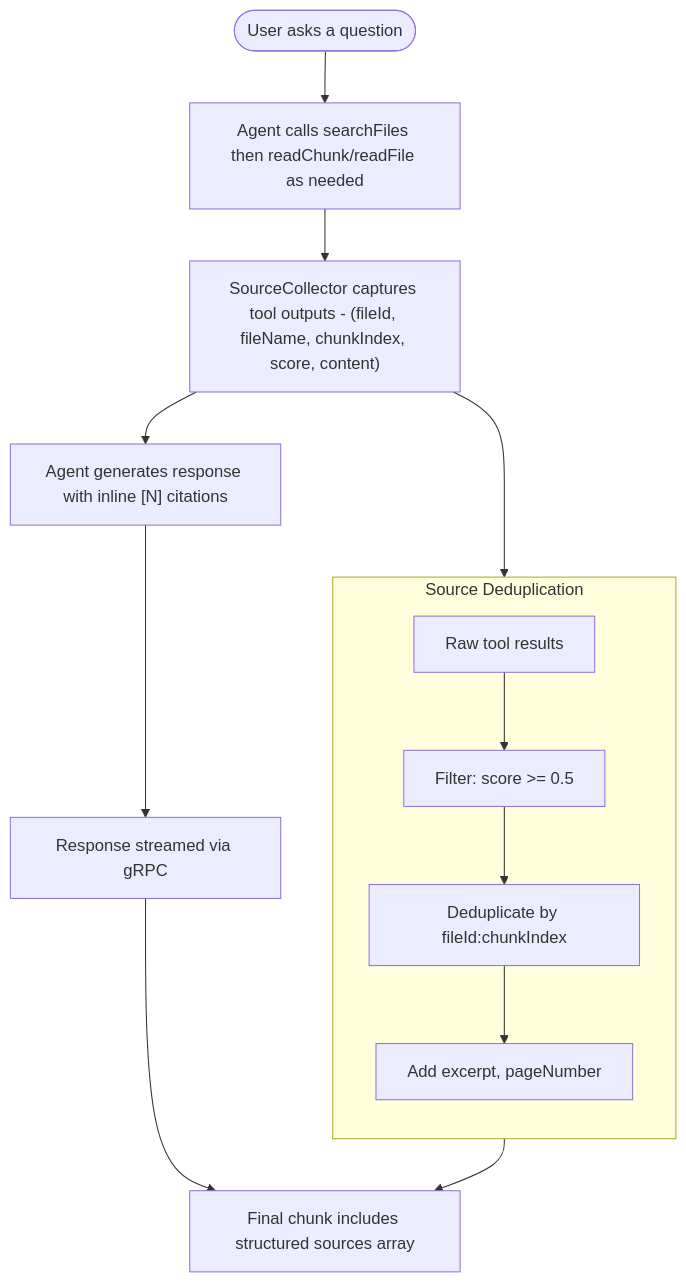
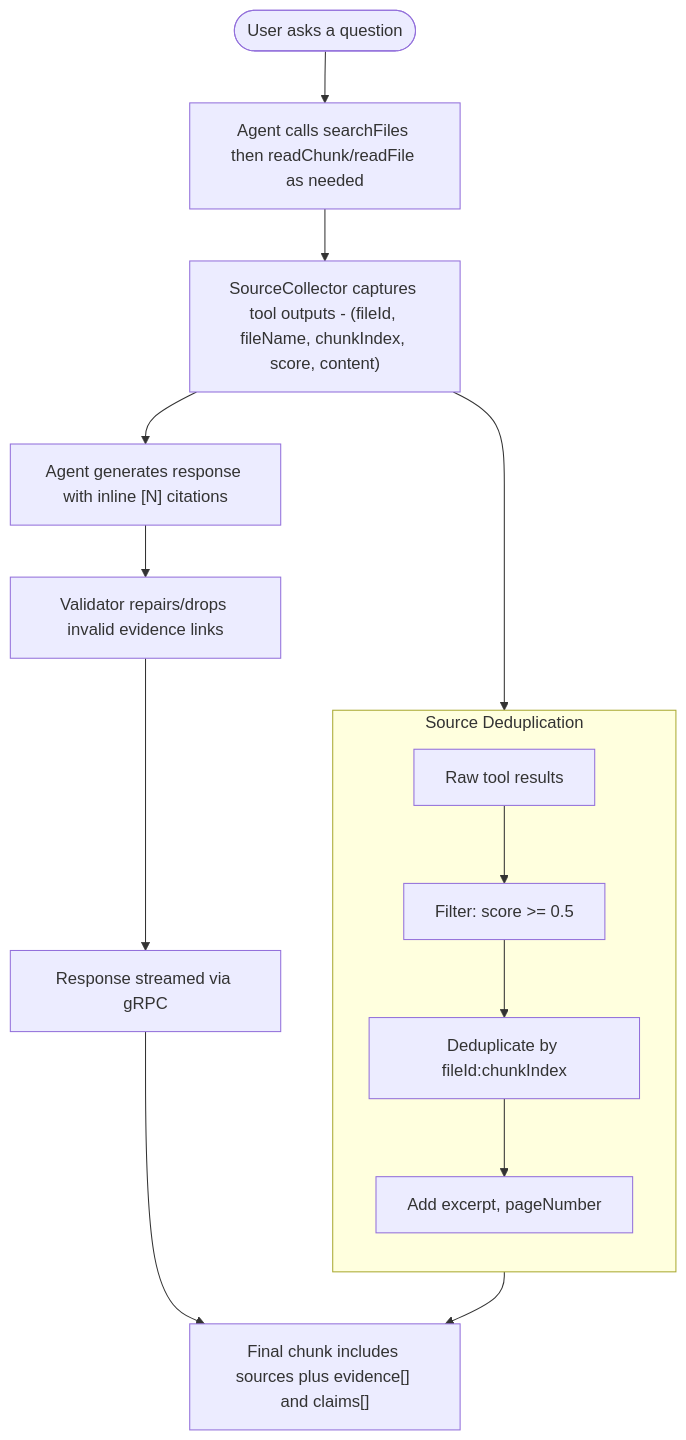
One commit to JackTran15/files-assistant-system changed the fourth of 6 diagrams in docs/scenarios.md. Above: the diagram before and after it, drawn with Mermaid. The commit also changed other lines of this file and 20 other files, not shown here.

````diff
--- a/docs/scenarios.md
+++ b/docs/scenarios.md
@@ -212,18 +212,19 @@
 ```mermaid
 flowchart TD
     Start(["User asks a question"]) --> Tools["Agent calls searchFiles then readChunk/readFile as needed"]
     Tools --> Collector["SourceCollector captures tool outputs - (fileId, fileName, chunkIndex, score, content)"]
     Collector --> Generate["Agent generates response with inline [N] citations"]
-    Generate --> Stream["Response streamed via gRPC"]
-    Stream --> Final["Final chunk includes structured sources array"]
+    Generate --> Validate["Validator repairs/drops invalid evidence links"]
+    Validate --> Stream["Response streamed via gRPC"]
+    Stream --> Final["Final chunk includes sources plus evidence[] and claims[]"]
 
     subgraph SourceDedup["Source Deduplication"]
         direction TB
         Raw["Raw tool results"] --> Filter["Filter: score >= 0.5"]
         Filter --> Dedup["Deduplicate by fileId:chunkIndex"]
         Dedup --> Enrich["Add excerpt, pageNumber"]
     end
 
     Collector --> SourceDedup
     SourceDedup --> Final
 ```
````
